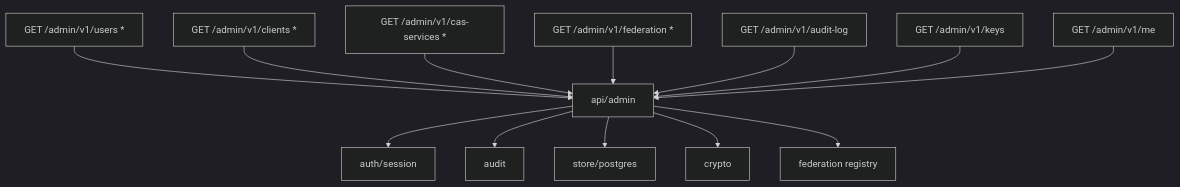
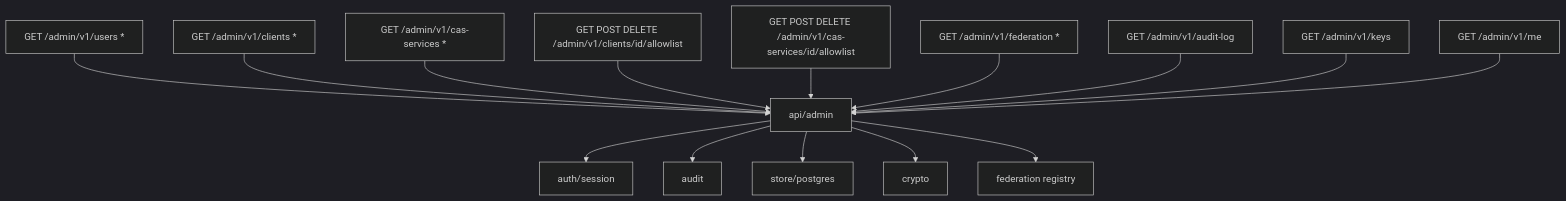
Before and after one commit to lusopoint/luso-iam: diagram 20 of 27 in internal/README.md, drawn with Mermaid (dark theme). The commit also changed other lines of this file and 2 other files, not shown here.

````diff
--- a/internal/README.md
+++ b/internal/README.md
@@ -438,15 +440,17 @@
 ```mermaid
 flowchart TD
   R1[GET /admin/v1/users *] --> ApiAdmin
   R2[GET /admin/v1/clients *] --> ApiAdmin
   R3[GET /admin/v1/cas-services *] --> ApiAdmin
+  R3b[GET POST DELETE /admin/v1/clients/id/allowlist] --> ApiAdmin
+  R3c[GET POST DELETE /admin/v1/cas-services/id/allowlist] --> ApiAdmin
   R4[GET /admin/v1/federation *] --> ApiAdmin
   R5[GET /admin/v1/audit-log] --> ApiAdmin
   R6[GET /admin/v1/keys] --> ApiAdmin
   R7[GET /admin/v1/me] --> ApiAdmin
   ApiAdmin[api/admin] --> Session[auth/session]
   ApiAdmin --> Audit[audit]
   ApiAdmin --> Store[store/postgres]
   ApiAdmin --> Crypto[crypto]
   ApiAdmin --> Federation[federation registry]
 ```
````
